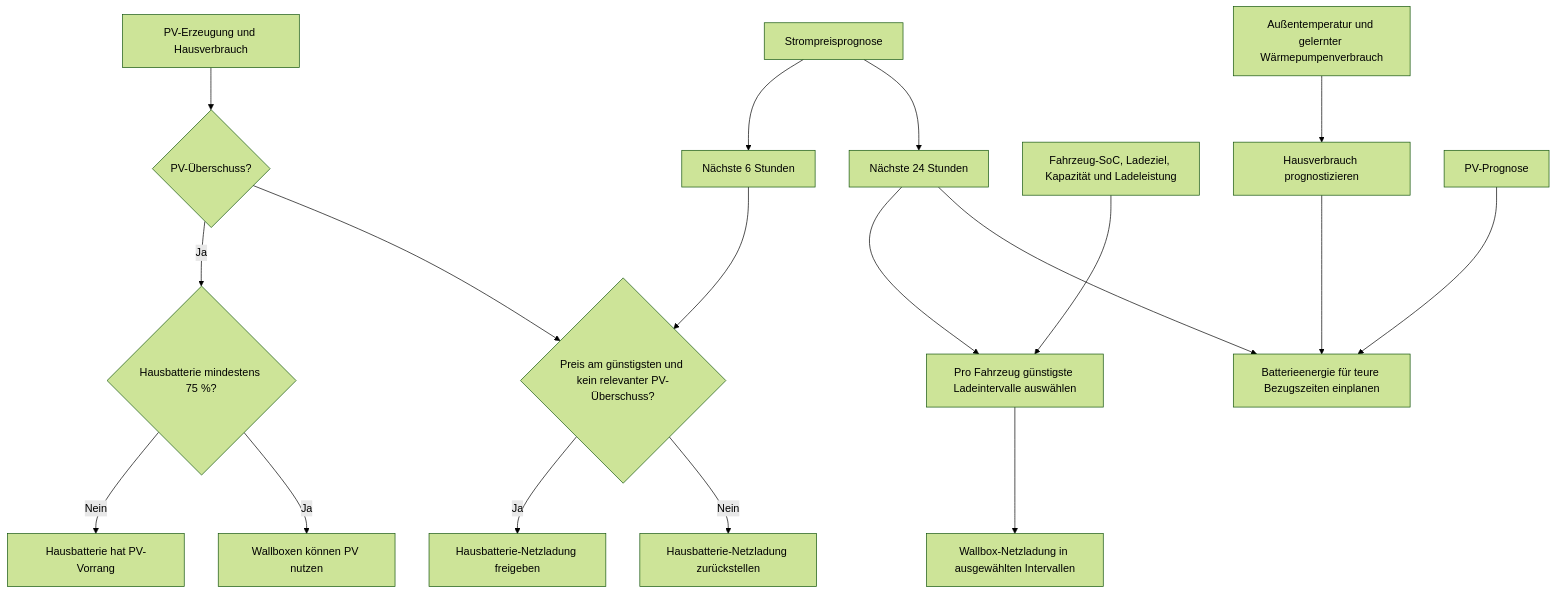
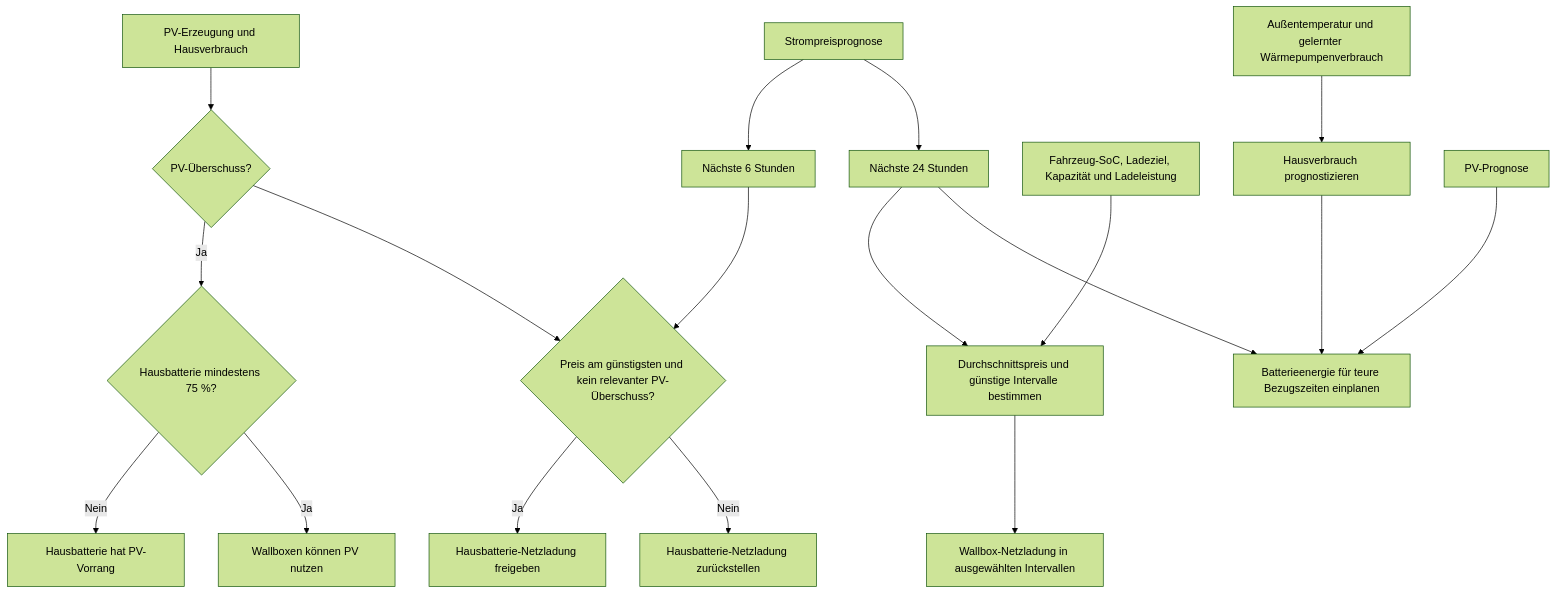
Before and after one commit to synb10se/docs: the diagram in home-assistant/evcc/EVCC_PREISOPTIMIERUNG.md, drawn with Mermaid (forest theme). The commit also changed other lines of this file and 1 other file, not shown here.

````diff
--- a/home-assistant/evcc/EVCC_PREISOPTIMIERUNG.md
+++ b/home-assistant/evcc/EVCC_PREISOPTIMIERUNG.md
@@ -17,22 +17,22 @@
 ```mermaid
 flowchart TD
     PV["PV-Erzeugung und Hausverbrauch"] --> U{"PV-Überschuss?"}
     U -->|Ja| S{"Hausbatterie mindestens 75 %?"}
     S -->|Nein| B["Hausbatterie hat PV-Vorrang"]
     S -->|Ja| W["Wallboxen können PV nutzen"]
 
     P["Strompreisprognose"] --> P6["Nächste 6 Stunden"]
     P6 --> G{"Preis am günstigsten und kein relevanter PV-Überschuss?"}
     U --> G
     G -->|Ja| N["Hausbatterie-Netzladung freigeben"]
     G -->|Nein| X["Hausbatterie-Netzladung zurückstellen"]
     P --> P24["Nächste 24 Stunden"]
-    P24 --> F["Pro Fahrzeug günstigste Ladeintervalle auswählen"]
+    P24 --> F["Durchschnittspreis und günstige Intervalle bestimmen"]
     D["Fahrzeug-SoC, Ladeziel, Kapazität und Ladeleistung"] --> F
     F --> L["Wallbox-Netzladung in ausgewählten Intervallen"]
 
     T["Außentemperatur und gelernter Wärmepumpenverbrauch"] --> V["Hausverbrauch prognostizieren"]
     V --> E["Batterieenergie für teure Bezugszeiten einplanen"]
     P24 --> E
     PVF["PV-Prognose"] --> E
 ```
````
